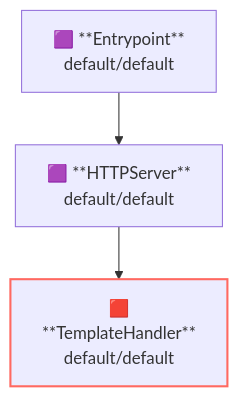
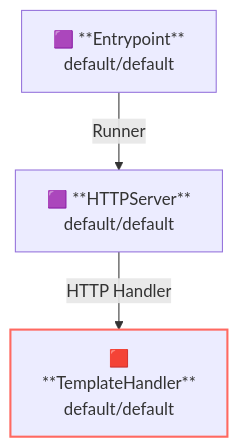
The second of 2 diagrams in examples/template/README.md (aileron-gateway/aileron-gateway), drawn with Mermaid before and after one commit. The commit also changed other lines of this file and 244 other files, not shown here.

````diff
--- a/examples/template/README.md
+++ b/examples/template/README.md
@@ -101,11 +62,11 @@
 ```mermaid
 graph TD
   Entrypoint["🟪 **Entrypoint**</br>default/default"]
   HTTPServer["🟪 **HTTPServer**</br>default/default"]
   TemplateHandler["🟥</br>**TemplateHandler**</br>default/default"]
 
-Entrypoint --> HTTPServer
-HTTPServer --> TemplateHandler
+Entrypoint --"Runner"--> HTTPServer
+HTTPServer --"HTTP Handler"--> TemplateHandler
 
 style TemplateHandler stroke:#ff6961,stroke-width:2px
 ```
````
